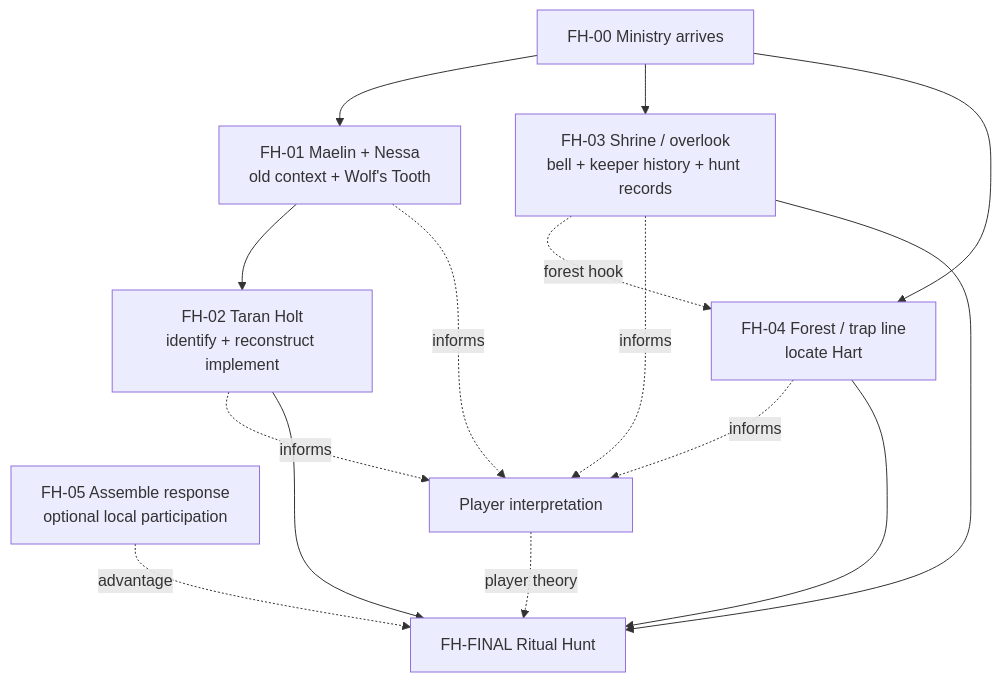
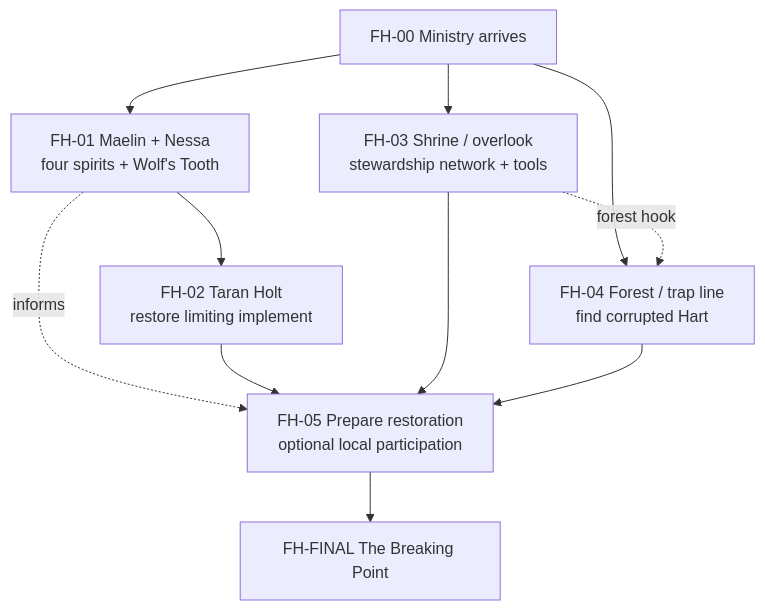
One commit to flip-z/flip-z.github.io changed the diagram in adventures/forests-hart/gm/design/workflow.md. Above: the diagram before and after it, drawn with Mermaid. The commit also changed other lines of this file, not shown here.

Commit message:
Align Forest's Hart workflow with failed restoration arc

````diff
--- a/adventures/forests-hart/gm/design/workflow.md
+++ b/adventures/forests-hart/gm/design/workflow.md
@@ -113,26 +106,21 @@
 ```mermaid
 flowchart TD
     ENTRY["FH-00 Ministry arrives"]
-    SAGE["FH-01 Maelin + Nessa<br/>old context + Wolf's Tooth"]
-    SMITH["FH-02 Taran Holt<br/>identify + reconstruct implement"]
-    SHRINE["FH-03 Shrine / overlook<br/>bell + keeper history + hunt records"]
-    HUNTER["FH-04 Forest / trap line<br/>locate Hart"]
-    RESPONSE["FH-05 Assemble response<br/>optional local participation"]
-    INFER["Player interpretation"]
-    FINAL["FH-FINAL Ritual Hunt"]
+    SAGE["FH-01 Maelin + Nessa<br/>four spirits + Wolf's Tooth"]
+    SMITH["FH-02 Taran Holt<br/>restore limiting implement"]
+    SHRINE["FH-03 Shrine / overlook<br/>stewardship network + tools"]
+    HUNTER["FH-04 Forest / trap line<br/>find corrupted Hart"]
+    RESPONSE["FH-05 Prepare restoration<br/>optional local participation"]
+    FINAL["FH-FINAL The Breaking Point"]
 
     ENTRY --> SAGE
     ENTRY --> SHRINE
     ENTRY --> HUNTER
     SHRINE -. forest hook .-> HUNTER
     SAGE --> SMITH
-    SAGE -. informs .-> INFER
-    SMITH -. informs .-> INFER
-    SHRINE -. informs .-> INFER
-    HUNTER -. informs .-> INFER
-    SMITH --> FINAL
-    SHRINE --> FINAL
-    HUNTER --> FINAL
-    INFER -. player theory .-> FINAL
-    RESPONSE -. advantage .-> FINAL
+    SAGE -. informs .-> RESPONSE
+    SMITH --> RESPONSE
+    SHRINE --> RESPONSE
+    HUNTER --> RESPONSE
+    RESPONSE --> FINAL
 ```
````
